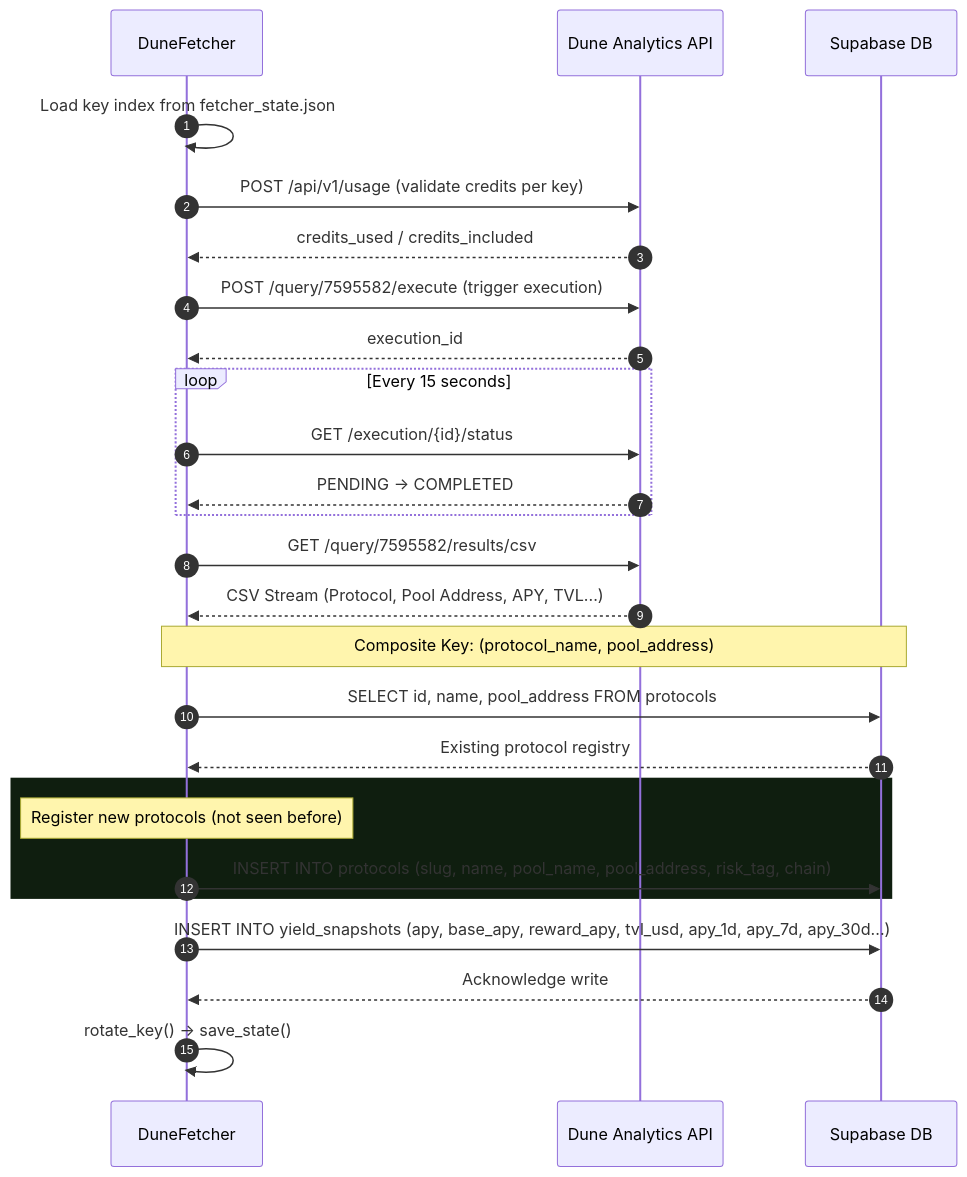
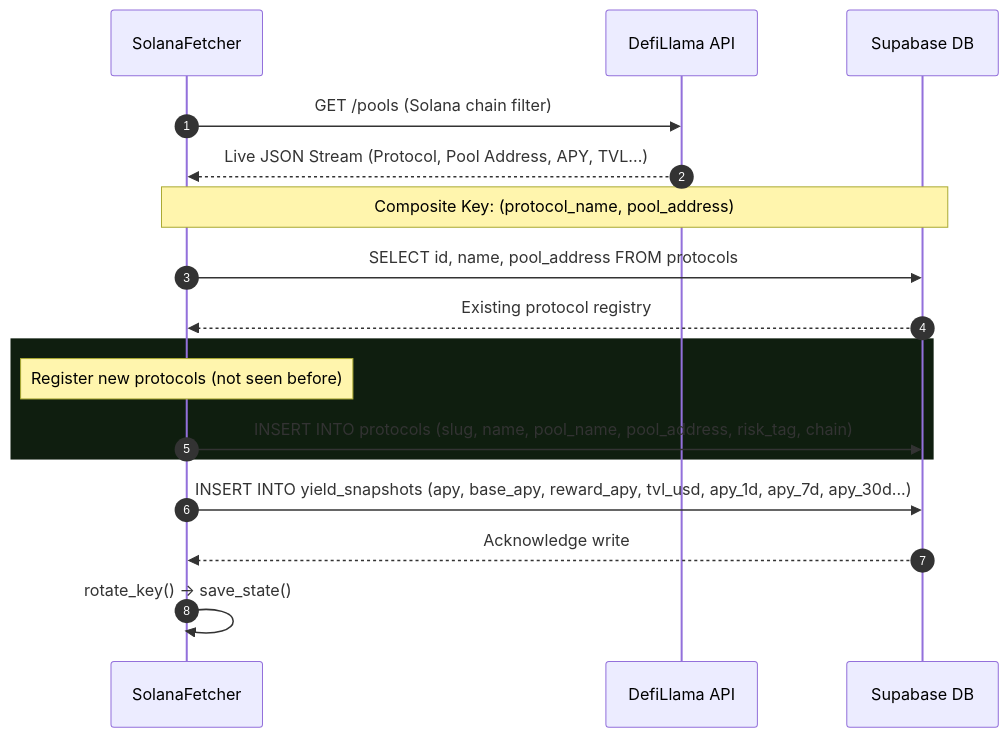
Before and after one commit to joshuatochinwachi/Yield-Sage: the fourth of 9 diagrams in README.md, drawn with Mermaid. The commit also changed other lines of this file and 45 other files, not shown here.

````diff
--- a/README.md
+++ b/README.md
@@ -285,34 +278,23 @@
 ```mermaid
 sequenceDiagram
     autonumber
-    participant F as DuneFetcher
-    participant D as Dune Analytics API
+    participant F as SolanaFetcher
+    participant D as DefiLlama API
     participant DB as Supabase DB
 
-    F->>F: Load key index from fetcher_state.json
-    F->>D: POST /api/v1/usage (validate credits per key)
-    D-->>F: credits_used / credits_included
-    F->>D: POST /query/7595582/execute (trigger execution)
-    D-->>F: execution_id
-
-    loop Every 15 seconds
-        F->>D: GET /execution/{id}/status
-        D-->>F: PENDING → COMPLETED
-    end
-
-    F->>D: GET /query/7595582/results/csv
-    D-->>F: CSV Stream (Protocol, Pool Address, APY, TVL...)
+    F->>D: GET /pools (Solana chain filter)
+    D-->>F: Live JSON Stream (Protocol, Pool Address, APY, TVL...)
 
     Note over F,DB: Composite Key: (protocol_name, pool_address)
     F->>DB: SELECT id, name, pool_address FROM protocols
     DB-->>F: Existing protocol registry
 
     rect rgb(15,30,15)
         Note over F: Register new protocols (not seen before)
         F->>DB: INSERT INTO protocols (slug, name, pool_name, pool_address, risk_tag, chain)
     end
 
     F->>DB: INSERT INTO yield_snapshots (apy, base_apy, reward_apy, tvl_usd, apy_1d, apy_7d, apy_30d...)
     DB-->>F: Acknowledge write
     F->>F: rotate_key() → save_state()
 ```
````
